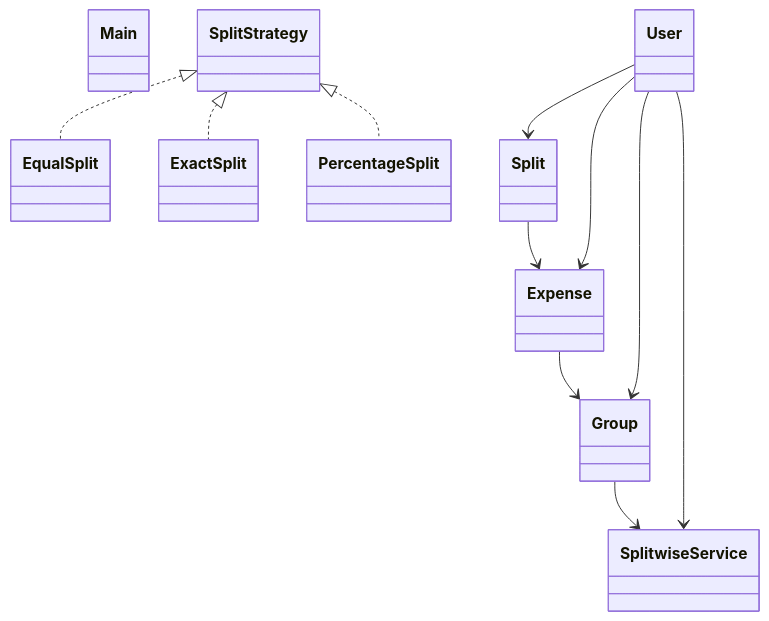
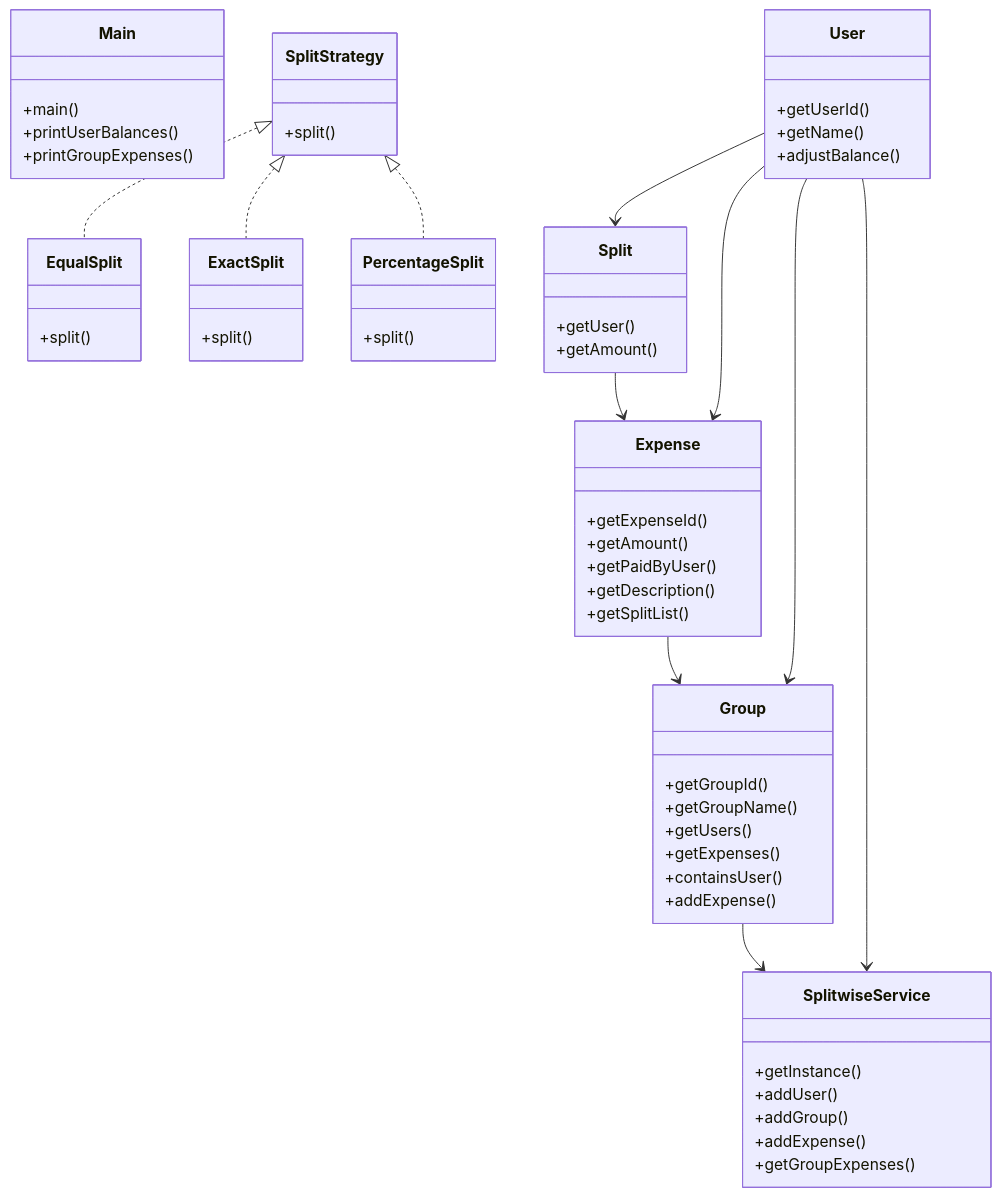
The diagram in questions/low_level_design/08_splitwise_lld.md (amanjaiswal30/dsa-solutions), drawn with Mermaid before and after one commit. The commit also changed other lines of this file and 210 other files, not shown here.

````diff
--- a/questions/low_level_design/08_splitwise_lld.md
+++ b/questions/low_level_design/08_splitwise_lld.md
@@ -52,23 +52,61 @@
 ```mermaid
 classDiagram
-    class EqualSplit
-    class ExactSplit
-    class Expense
-    class Group
-    class Main
-    class PercentageSplit
-    class Split
-    class SplitStrategy
-    class SplitwiseService
-    class User
+    class EqualSplit {
+        +split()
+    }
+    class ExactSplit {
+        +split()
+    }
+    class Expense {
+        +getExpenseId()
+        +getAmount()
+        +getPaidByUser()
+        +getDescription()
+        +getSplitList()
+    }
+    class Group {
+        +getGroupId()
+        +getGroupName()
+        +getUsers()
+        +getExpenses()
+        +containsUser()
+        +addExpense()
+    }
+    class Main {
+        +main()
+        +printUserBalances()
+        +printGroupExpenses()
+    }
+    class PercentageSplit {
+        +split()
+    }
+    class Split {
+        +getUser()
+        +getAmount()
+    }
+    class SplitStrategy {
+        +split()
+    }
+    class SplitwiseService {
+        +getInstance()
+        +addUser()
+        +addGroup()
+        +addExpense()
+        +getGroupExpenses()
+    }
+    class User {
+        +getUserId()
+        +getName()
+        +adjustBalance()
+    }
     SplitStrategy <|.. EqualSplit
     SplitStrategy <|.. ExactSplit
     SplitStrategy <|.. PercentageSplit
     Split --> Expense
     User --> Expense
     Expense --> Group
     User --> Group
     User --> Split
     Group --> SplitwiseService
     User --> SplitwiseService
 ```
````
